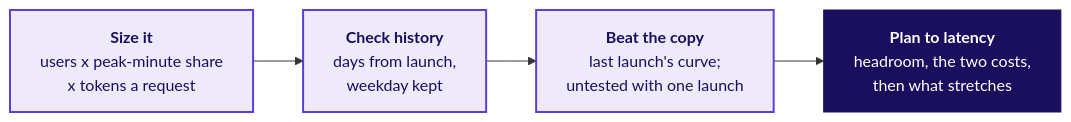
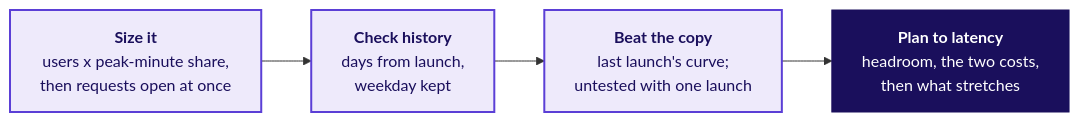
One commit to fde-academy-lab/c2-content-factory changed the fourth of 5 diagrams in content/W04/D5/slides/C2_W04_D05_half2_STUDENT.md. Above: the diagram before and after it, drawn with Mermaid. The commit also changed other lines of this file and 18 other files, not shown here.

````diff
--- a/content/W04/D5/slides/C2_W04_D05_half2_STUDENT.md
+++ b/content/W04/D5/slides/C2_W04_D05_half2_STUDENT.md
@@ -213,10 +214,10 @@
 ```mermaid
 flowchart LR
-    L["<b>Size it</b><br/>users x peak-minute share<br/>x tokens a request"] --> H["<b>Check history</b><br/>days from launch,<br/>weekday kept"]
+    L["<b>Size it</b><br/>users x peak-minute share,<br/>then requests open at once"] --> H["<b>Check history</b><br/>days from launch,<br/>weekday kept"]
     H --> B["<b>Beat the copy</b><br/>last launch's curve;<br/>untested with one launch"]
     B --> C["<b>Plan to latency</b><br/>headroom, the two costs,<br/>then what stretches"]
     classDef known fill:#EEEAFB,stroke:#5B3FD6,color:#1A0F5C,stroke-width:2px
     classDef lit fill:#1A0F5C,stroke:#1A0F5C,color:#FFFFFF
     class L,H,B known
     class C lit
 ```
````
